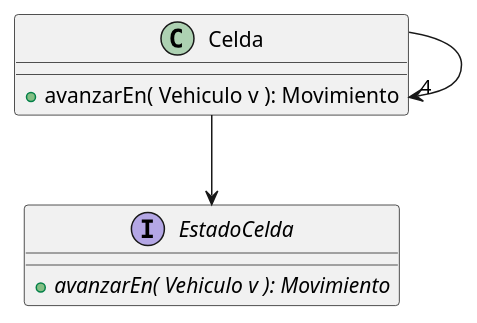
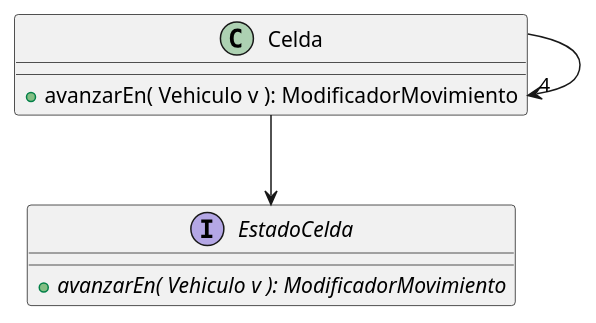
One commit to rodrigovzq/algo3_tp2 changed the second of 2 diagrams in diagrams/classes/DiagramaClase_Celda.puml. Above: the diagram before and after it, drawn with PlantUML. The commit also changed other lines of this file and 4 other files, not shown here.

Commit message:
Agrego Modificador Movimiento. Surge un n nuevo problema a resolver.

```diff
--- a/diagrams/classes/DiagramaClase_Celda.puml
+++ b/diagrams/classes/DiagramaClase_Celda.puml
@@ -15,14 +15,14 @@
 @startuml(id=SINSUBCLASES)
 class Celda{
-    + avanzarEn( Vehiculo v ): Movimiento
+    + avanzarEn( Vehiculo v ): ModificadorMovimiento
 }
 
 Celda --> EstadoCelda
 Celda -> "4" Celda
 
 interface EstadoCelda{
 
-    + {abstract} avanzarEn( Vehiculo v ): Movimiento
+    + {abstract} avanzarEn( Vehiculo v ): ModificadorMovimiento
 }
 
 @enduml
```
